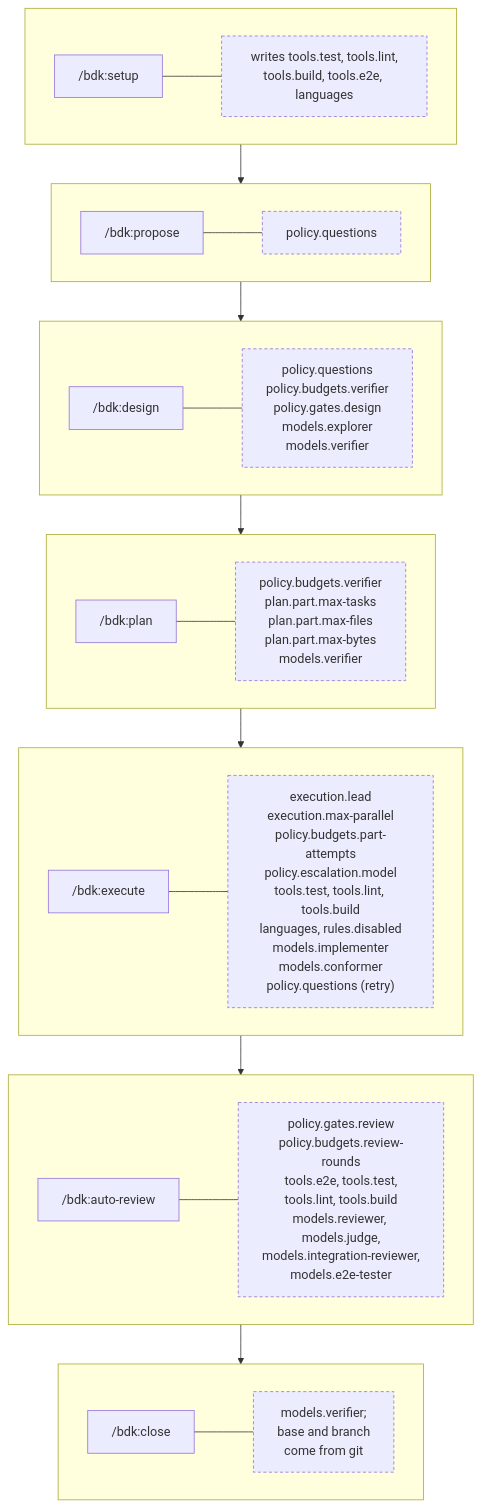
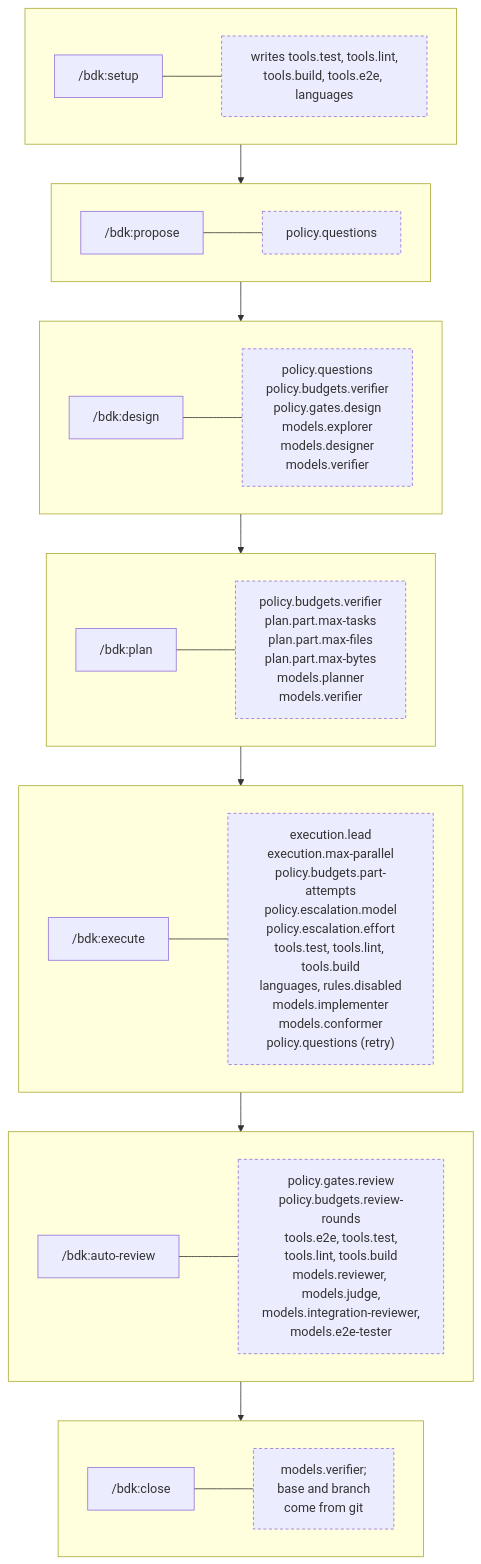
The fourth of 6 diagrams in docs/concepts/cli-config-hooks.md (broneq/bdk), drawn with Mermaid before and after one commit. The commit also changed other lines of this file and 112 other files, not shown here.

First line of the commit message:
feat(bdk)!: model and effort per agent role, designer and planner agents

````diff
--- a/docs/concepts/cli-config-hooks.md
+++ b/docs/concepts/cli-config-hooks.md
@@ -89,39 +89,39 @@
 ```mermaid
 flowchart TB
   subgraph R0[" "]
     direction LR
     S0["/bdk:setup"] --- C0["writes tools.test, tools.lint,<br/>tools.build, tools.e2e, languages"]
   end
   subgraph R1[" "]
     direction LR
     S1["/bdk:propose"] --- C1["policy.questions"]
   end
   subgraph R2[" "]
     direction LR
-    S2["/bdk:design"] --- C2["policy.questions<br/>policy.budgets.verifier<br/>policy.gates.design<br/>models.explorer<br/>models.verifier"]
+    S2["/bdk:design"] --- C2["policy.questions<br/>policy.budgets.verifier<br/>policy.gates.design<br/>models.explorer<br/>models.designer<br/>models.verifier"]
   end
   subgraph R3[" "]
     direction LR
-    S3["/bdk:plan"] --- C3["policy.budgets.verifier<br/>plan.part.max-tasks<br/>plan.part.max-files<br/>plan.part.max-bytes<br/>models.verifier"]
+    S3["/bdk:plan"] --- C3["policy.budgets.verifier<br/>plan.part.max-tasks<br/>plan.part.max-files<br/>plan.part.max-bytes<br/>models.planner<br/>models.verifier"]
   end
   subgraph R4[" "]
     direction LR
-    S4["/bdk:execute"] --- C4["execution.lead<br/>execution.max-parallel<br/>policy.budgets.part-attempts<br/>policy.escalation.model<br/>tools.test, tools.lint, tools.build<br/>languages, rules.disabled<br/>models.implementer<br/>models.conformer<br/>policy.questions (retry)"]
+    S4["/bdk:execute"] --- C4["execution.lead<br/>execution.max-parallel<br/>policy.budgets.part-attempts<br/>policy.escalation.model<br/>policy.escalation.effort<br/>tools.test, tools.lint, tools.build<br/>languages, rules.disabled<br/>models.implementer<br/>models.conformer<br/>policy.questions (retry)"]
   end
   subgraph R5[" "]
     direction LR
     S5["/bdk:auto-review"] --- C5["policy.gates.review<br/>policy.budgets.review-rounds<br/>tools.e2e, tools.test,<br/>tools.lint, tools.build<br/>models.reviewer, models.judge,<br/>models.integration-reviewer,<br/>models.e2e-tester"]
   end
   subgraph R6[" "]
     direction LR
     S6["/bdk:close"] --- C6["models.verifier;<br/>base and branch<br/>come from git"]
   end
   R0 --> R1
   R1 --> R2
   R2 --> R3
   R3 --> R4
   R4 --> R5
   R5 --> R6
   classDef aside stroke-dasharray:4 3
   class C0,C1,C2,C3,C4,C5,C6 aside
 ```
````
